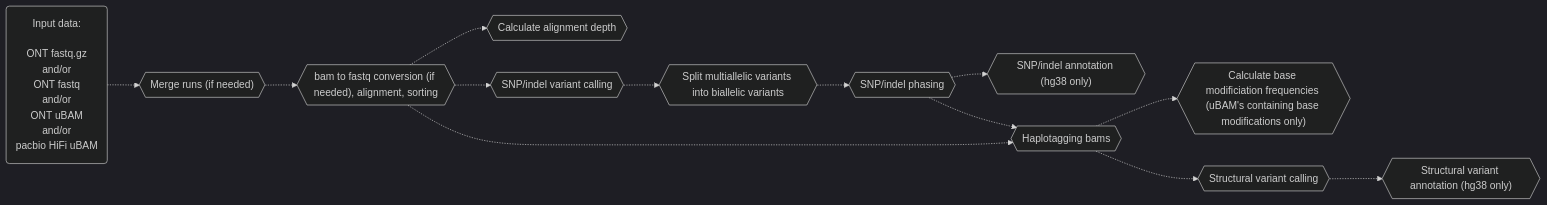
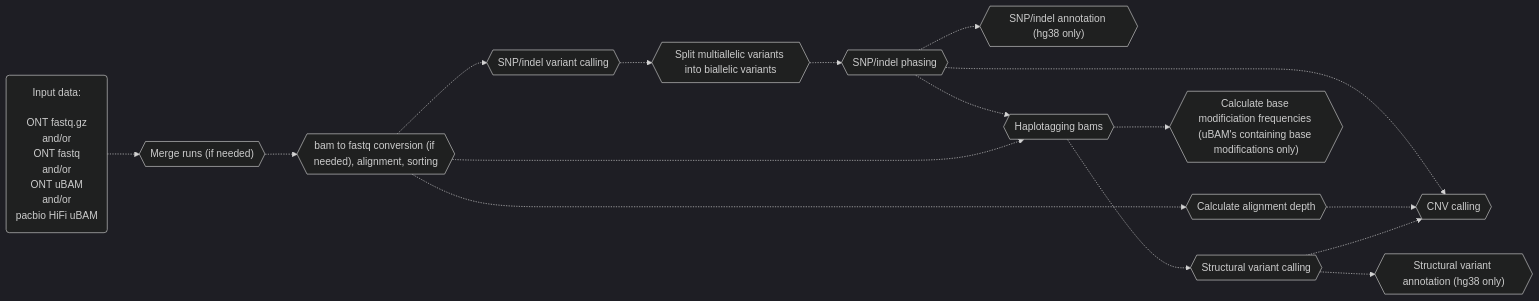
One commit to leahkemp/pipeface changed the first of 3 diagrams in README.md. Above: the diagram before and after it, drawn with Mermaid. The commit also changed other lines of this file and 5 other files, not shown here.

````diff
--- a/README.md
+++ b/README.md
@@ -18,24 +18,28 @@
 ```mermaid
 %%{init: {'theme':'dark'}}%%
 flowchart LR
 
 input_data("Input data: <br><br> ONT fastq.gz <br> and/or <br> ONT fastq <br> and/or <br> ONT uBAM <br> and/or <br> pacbio HiFi uBAM")
 merging{{"Merge runs (if needed)"}}
 alignment{{"bam to fastq conversion (if needed), alignment, sorting"}}
 depth{{"Calculate alignment depth"}}
 snp_indel_calling{{"SNP/indel variant calling"}}
 split_multiallele{{"Split multiallelic variants into biallelic variants"}}
 snp_indel_phasing{{"SNP/indel phasing"}}
 snp_indel_annotation{{"SNP/indel annotation (hg38 only)"}}
 haplotagging{{"Haplotagging bams"}}
 calculate_base_mod_freqs{{"Calculate base modificiation frequencies (uBAM's containing base modifications only)"}}
+cnv_calling{{"CNV calling"}}
 sv_calling{{"Structural variant calling"}}
 sv_annotation{{"Structural variant annotation (hg38 only)"}}
 
 input_data-.->merging-.->alignment-.->snp_indel_calling-.->split_multiallele-.->snp_indel_phasing-.->haplotagging-.->sv_calling
 alignment-.->depth
 alignment-.->haplotagging
 haplotagging-.->calculate_base_mod_freqs
+snp_indel_phasing-.->cnv_calling
+depth-.->cnv_calling
+sv_calling-.->cnv_calling
 snp_indel_phasing-.->snp_indel_annotation
 sv_calling-.->sv_annotation
 ```
````
